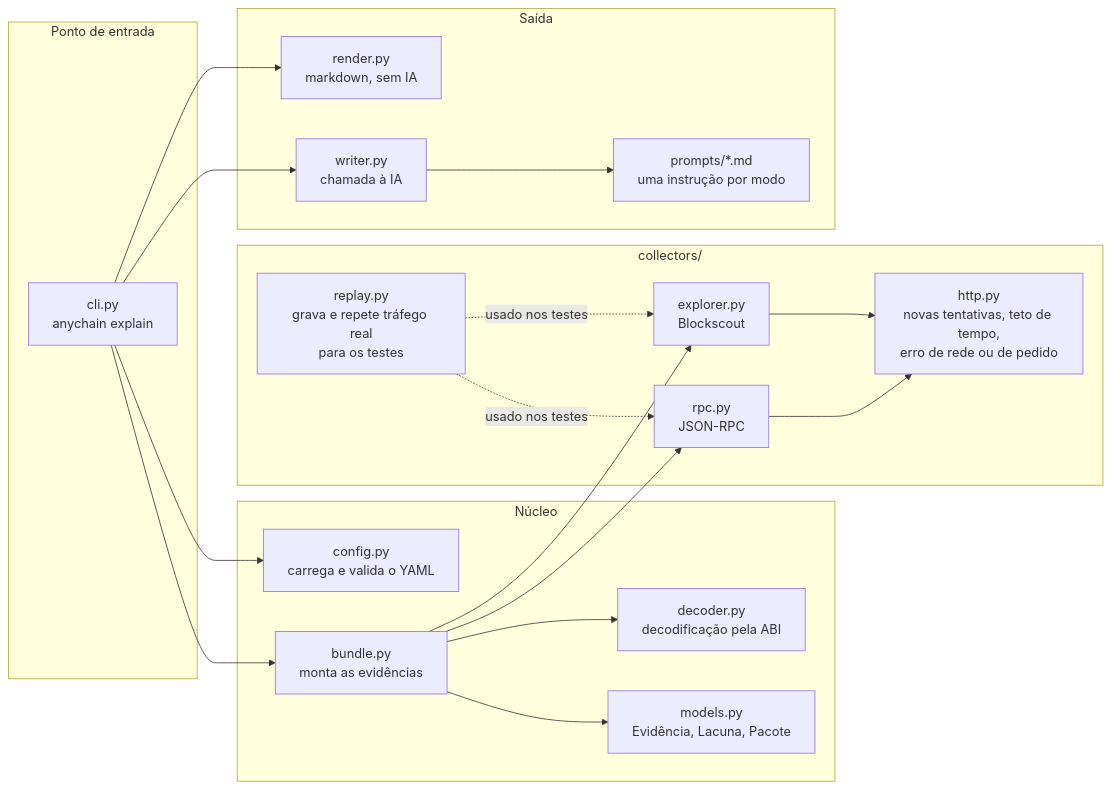
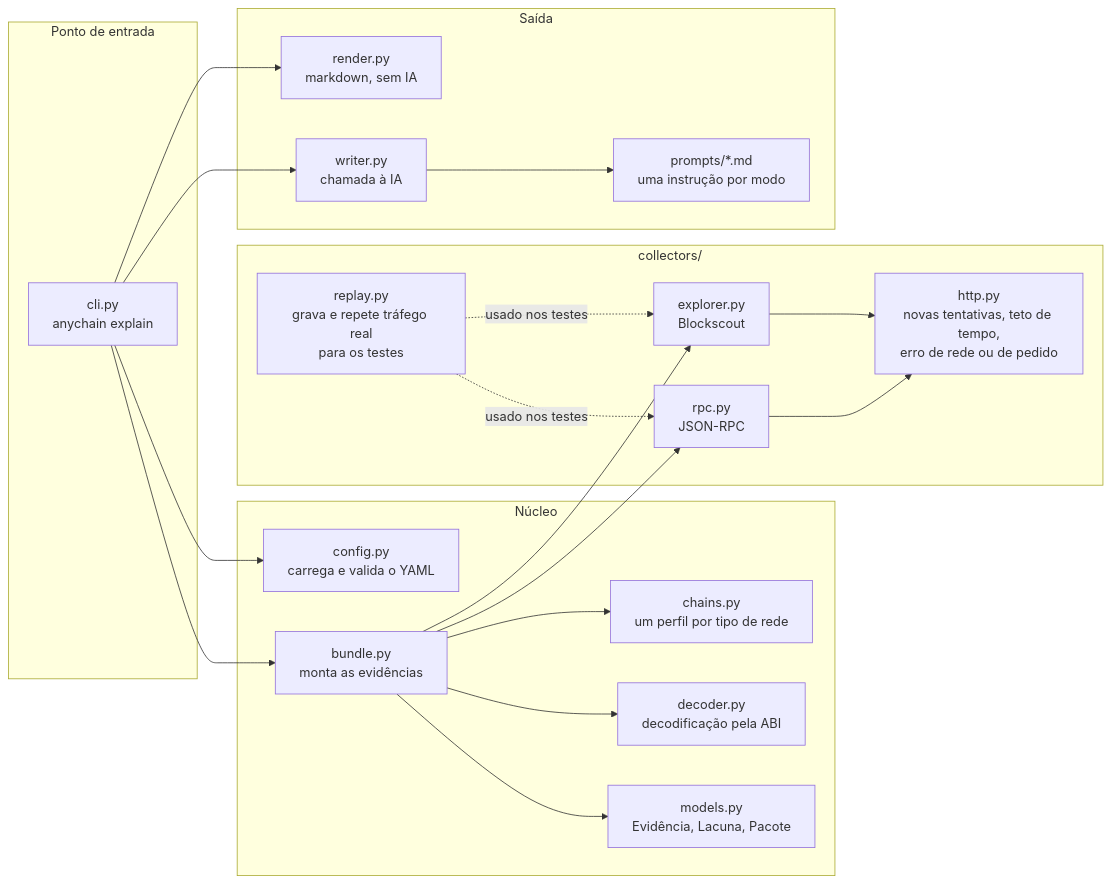
The third of 4 diagrams in docs/ARCHITECTURE.pt-BR.md (Ebaoj/anychain), drawn with Mermaid before and after one commit. The commit also changed other lines of this file and 3 other files, not shown here.

Commit message:
Docs: D20 chain-type profiles, roadmap with the phase 4 private devnet, diagrams in both languages

````diff
--- a/docs/ARCHITECTURE.pt-BR.md
+++ b/docs/ARCHITECTURE.pt-BR.md
@@ -114,40 +116,42 @@
 ```mermaid
 flowchart LR
     subgraph entry["Ponto de entrada"]
         cli["cli.py<br/>anychain explain"]
     end
 
     subgraph core["Núcleo"]
         config["config.py<br/>carrega e valida o YAML"]
+        chains["chains.py<br/>um perfil por tipo de rede"]
         bundle["bundle.py<br/>monta as evidências"]
         decoder["decoder.py<br/>decodificação pela ABI"]
         models["models.py<br/>Evidência, Lacuna, Pacote"]
     end
 
     subgraph collectors["collectors/"]
         http["http.py<br/>novas tentativas, teto de tempo,<br/>erro de rede ou de pedido"]
         explorer["explorer.py<br/>Blockscout"]
         rpc["rpc.py<br/>JSON-RPC"]
         replay["replay.py<br/>grava e repete tráfego real<br/>para os testes"]
     end
 
     subgraph output["Saída"]
         render["render.py<br/>markdown, sem IA"]
         writer["writer.py<br/>chamada à IA"]
         prompts["prompts/*.md<br/>uma instrução por modo"]
     end
 
     cli --> config
     cli --> bundle
     cli --> render
     cli --> writer
     bundle --> explorer
     bundle --> rpc
     bundle --> decoder
     bundle --> models
+    bundle --> chains
     explorer --> http
     rpc --> http
     writer --> prompts
     replay -.usado nos testes.-> explorer
     replay -.usado nos testes.-> rpc
 ```
````
